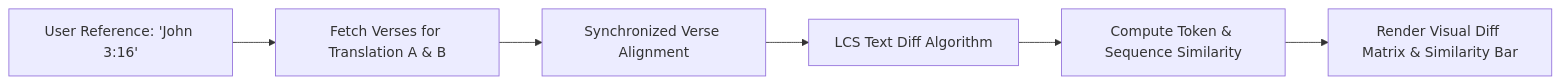
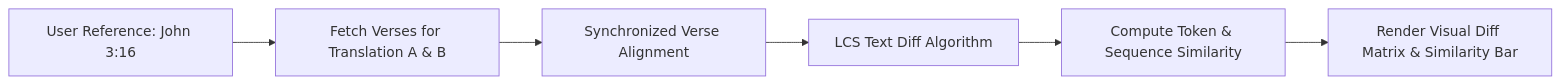
Before and after one commit to mvirtai/clible-v3-go: the diagram in docs/guide/compare-and-diff.md, drawn with Mermaid. The commit also changed 10 other files, not shown here.

Commit message:
docs(docs): fix mermaid diagram node label quotes for github pr rendering

````diff
--- a/docs/guide/compare-and-diff.md
+++ b/docs/guide/compare-and-diff.md
@@ -11,8 +11,8 @@
 ```mermaid
 flowchart LR
-    User[User Reference: 'John 3:16'] --> Fetch[Fetch Verses for Translation A & B]
-    Fetch --> Align[Synchronized Verse Alignment]
-    Align --> LCS[LCS Text Diff Algorithm]
-    LCS --> Sim[Compute Token & Sequence Similarity]
-    Sim --> Matrix[Render Visual Diff Matrix & Similarity Bar]
+    User["User Reference: John 3:16"] --> Fetch["Fetch Verses for Translation A & B"]
+    Fetch --> Align["Synchronized Verse Alignment"]
+    Align --> LCS["LCS Text Diff Algorithm"]
+    LCS --> Sim["Compute Token & Sequence Similarity"]
+    Sim --> Matrix["Render Visual Diff Matrix & Similarity Bar"]
 ```
````
